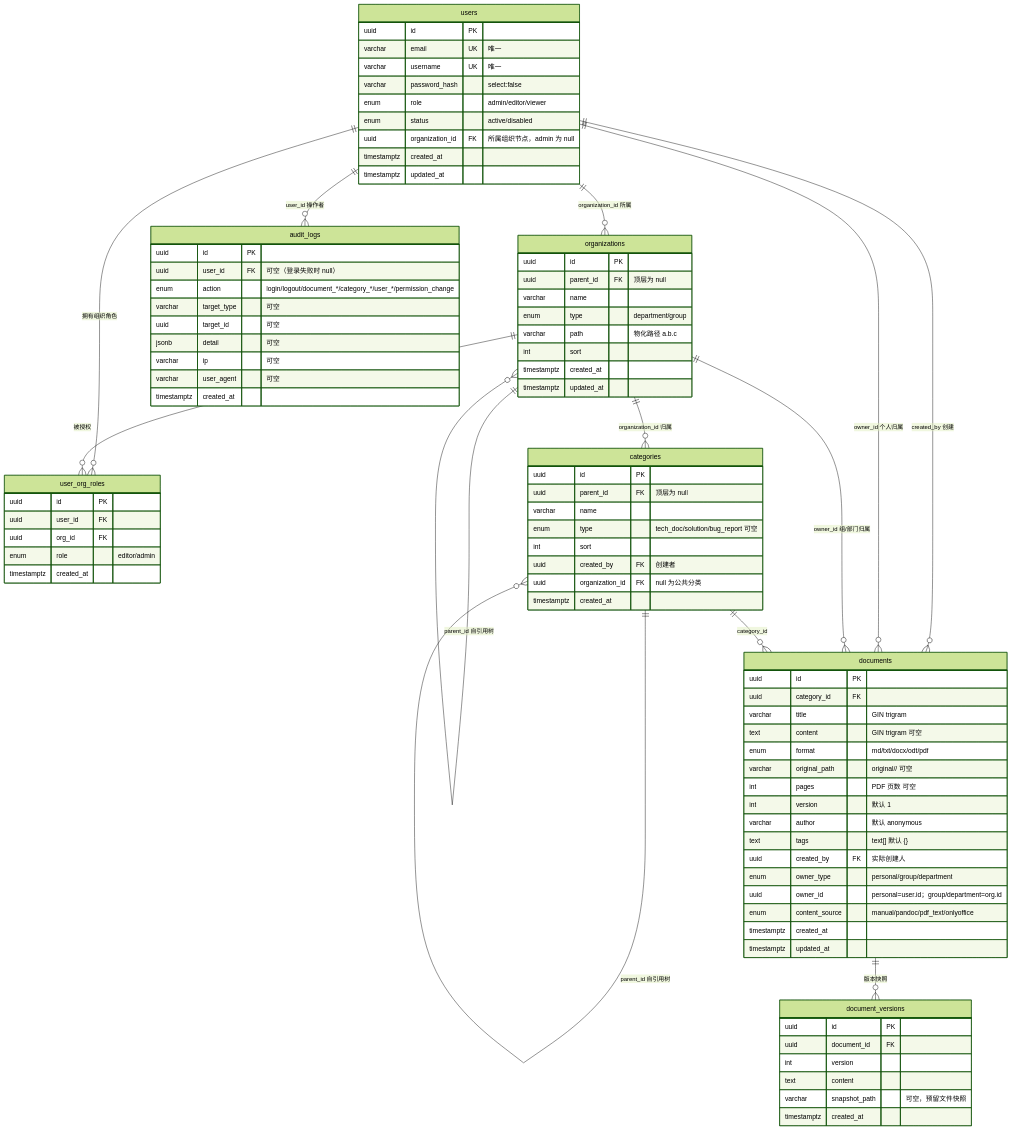
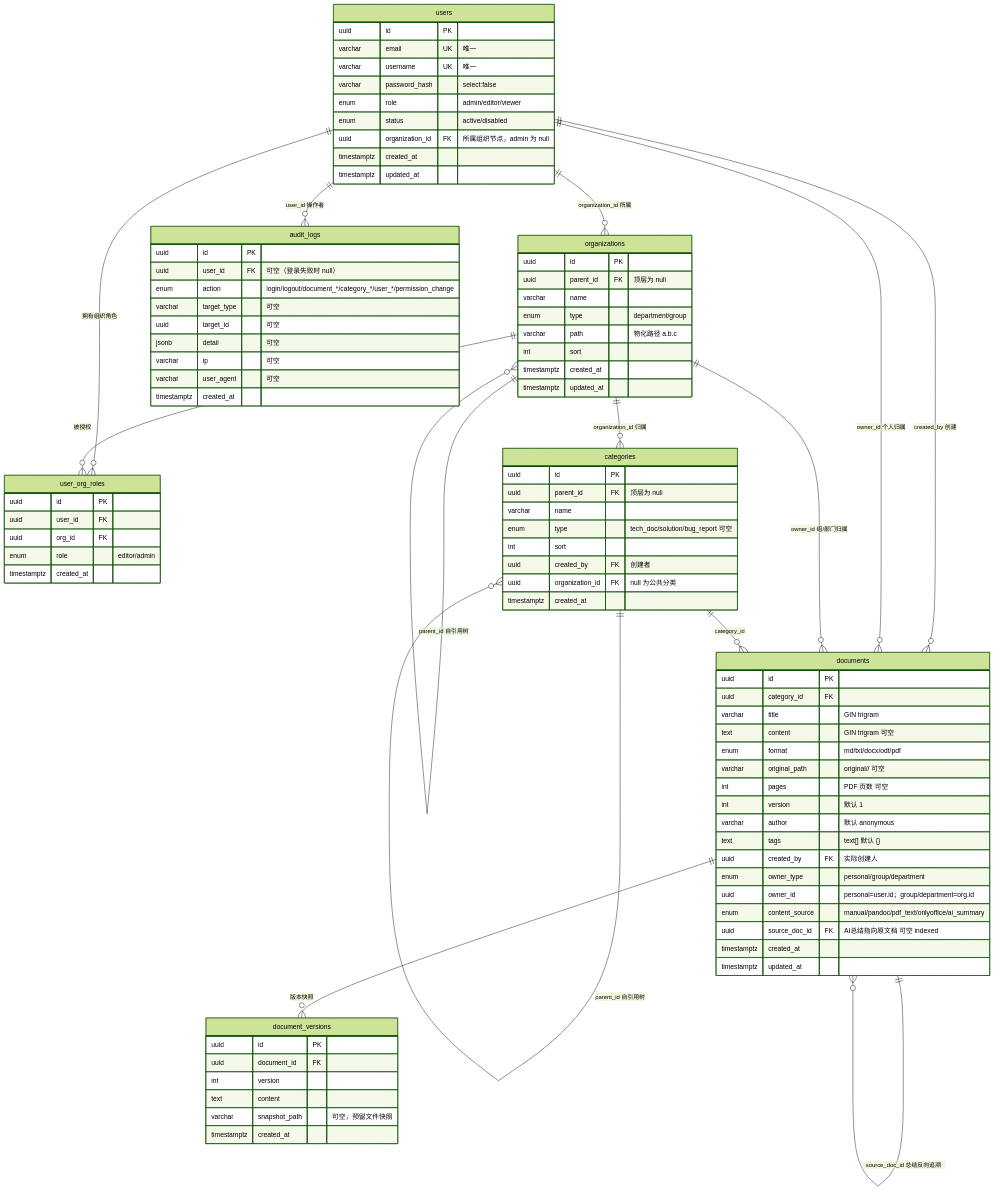
One commit to yangzhenyu-123/LXDOC changed the diagram in docs/database.md. Above: the diagram before and after it, drawn with Mermaid (forest theme). The commit also changed other lines of this file and 35 other files, not shown here.

```diff
--- a/docs/database.md
+++ b/docs/database.md
@@ -17,6 +17,7 @@
     categories ||--o{ categories : "parent_id 自引用树"
     categories ||--o{ documents : "category_id"
     documents ||--o{ document_versions : "版本快照"
+    documents ||--o{ documents : "source_doc_id 总结反向追溯"
     users ||--o{ audit_logs : "user_id 操作者"
 
     users {
@@ -75,7 +76,8 @@
         uuid created_by FK "实际创建人"
         enum owner_type "personal/group/department"
         uuid owner_id "personal=user.id；group/department=org.id"
-        enum content_source "manual/pandoc/pdf_text/onlyoffice"
+        enum content_source "manual/pandoc/pdf_text/onlyoffice/ai_summary"
+        uuid source_doc_id FK "AI总结指向原文档 可空 indexed"
         timestamptz created_at
         timestamptz updated_at
     }
```
